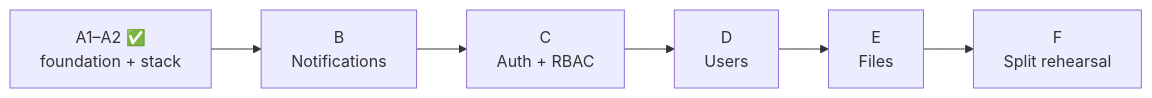
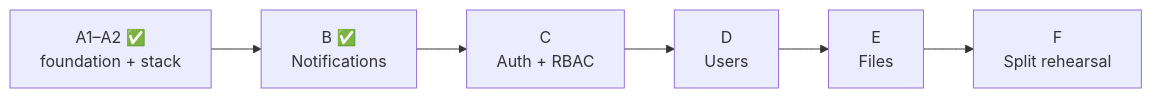
Before and after one commit to bygirish/BEFastAPI: the diagram in docs/learning/kt/07-roadmap-and-prereading.md, drawn with Mermaid. The commit also changed other lines of this file and 20 other files, not shown here.

First line of the commit message:
docs: Phase B learning chapters and Notifications architecture updates

````diff
--- a/docs/learning/kt/07-roadmap-and-prereading.md
+++ b/docs/learning/kt/07-roadmap-and-prereading.md
@@ -8,4 +8,4 @@
 ```mermaid
 flowchart LR
-  A["A1–A2 ✅<br/>foundation + stack"] --> B["B<br/>Notifications"] --> C["C<br/>Auth + RBAC"] --> D["D<br/>Users"] --> E["E<br/>Files"] --> F["F<br/>Split rehearsal"]
+  A["A1–A2 ✅<br/>foundation + stack"] --> B["B ✅<br/>Notifications"] --> C["C<br/>Auth + RBAC"] --> D["D<br/>Users"] --> E["E<br/>Files"] --> F["F<br/>Split rehearsal"]
 ```
````
